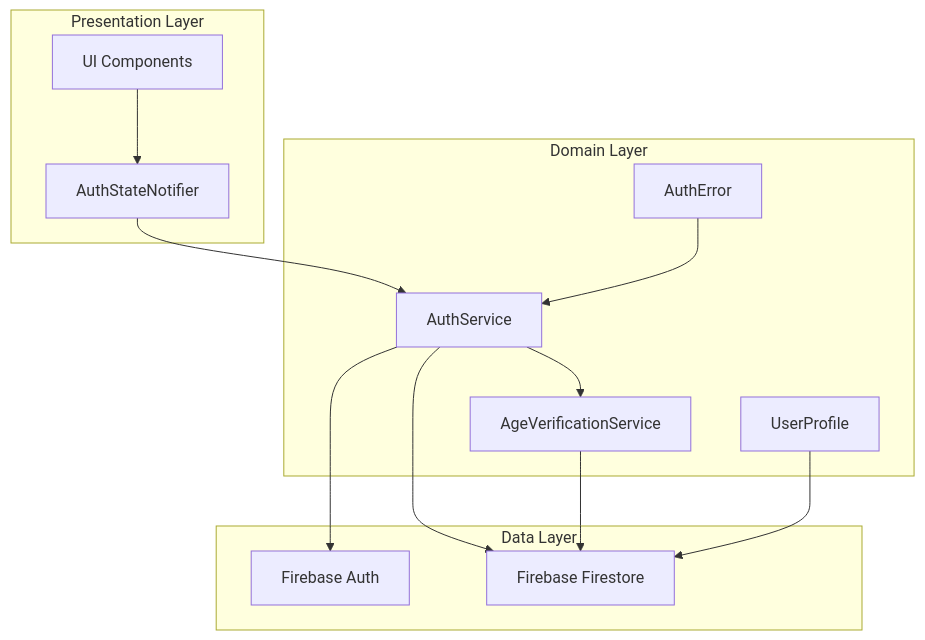
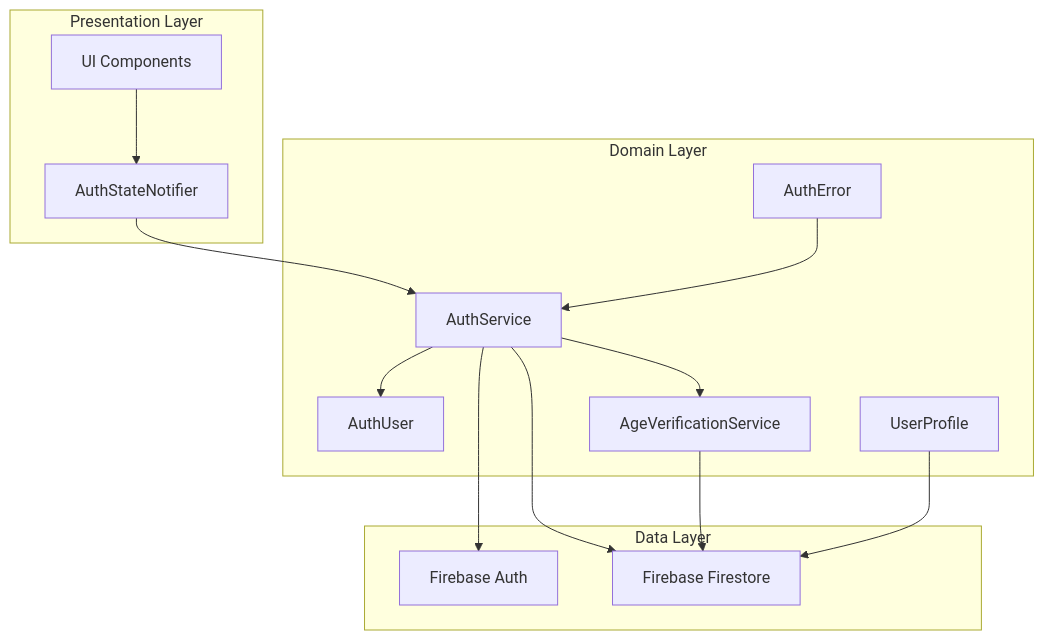
Before and after one commit to JAaron93/StyleSync: the second of 9 diagrams in .qoder/repowiki/en/content/Core Services/Authentication Service.md, drawn with Mermaid. The commit also changed other lines of this file and 36 other files, not shown here.

````diff
--- a/.qoder/repowiki/en/content/Core Services/Authentication Service.md
+++ b/.qoder/repowiki/en/content/Core Services/Authentication Service.md
@@ -96,25 +125,27 @@
 ```mermaid
 graph TB
 subgraph "Presentation Layer"
 UI[UI Components]
 AN[AuthStateNotifier]
 end
 subgraph "Domain Layer"
 AS[AuthService]
+AU[AuthUser]
 UPS[UserProfile]
 AE[AuthError]
 AVS[AgeVerificationService]
 end
 subgraph "Data Layer"
 FA[Firebase Auth]
 FS[Firebase Firestore]
 end
 UI --> AN
 AN --> AS
 AS --> FA
 AS --> FS
 AS --> AVS
+AS --> AU
 AVS --> FS
 UPS --> FS
 AE --> AS
 ```
````
